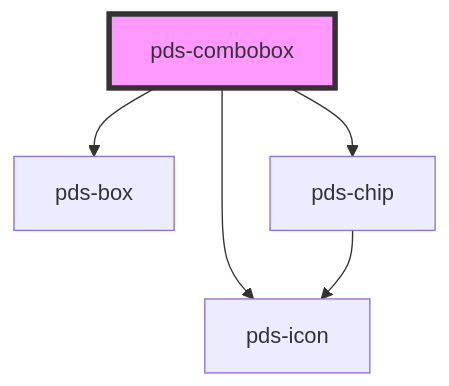
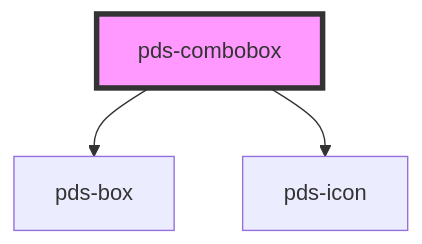
Before and after one commit to Kajabi/pine: the diagram in libs/core/src/components/pds-combobox/readme.md, drawn with Mermaid. The commit also changed other lines of this file and 5 other files, not shown here.

````diff
--- a/libs/core/src/components/pds-combobox/readme.md
+++ b/libs/core/src/components/pds-combobox/readme.md
@@ -90,8 +89,6 @@
 ```mermaid
 graph TD;
   pds-combobox --> pds-box
   pds-combobox --> pds-icon
-  pds-combobox --> pds-chip
-  pds-chip --> pds-icon
   style pds-combobox fill:#f9f,stroke:#333,stroke-width:4px
 ```
````
